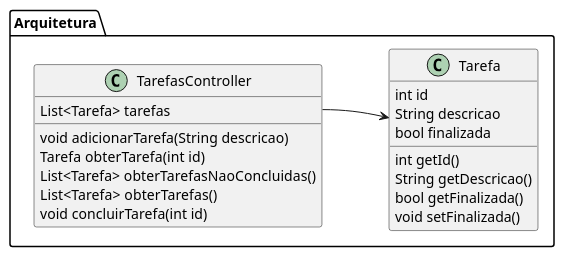
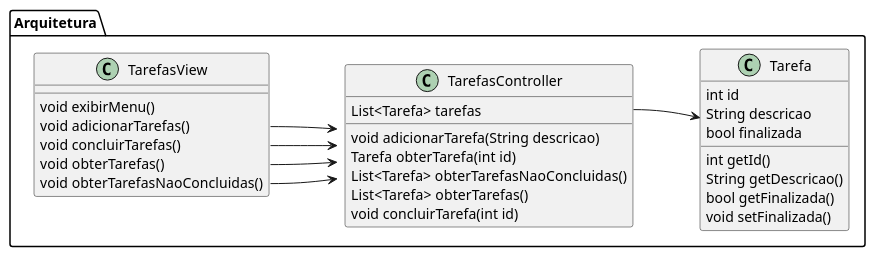
One commit to gabriel-santi/lista-tarefas changed the diagram in arquitetura.puml. Above: the diagram before and after it, drawn with PlantUML.

Commit message:
View no diagrama

```diff
--- a/arquitetura.puml
+++ b/arquitetura.puml
@@ -1,28 +1,40 @@
 @startuml
 left to right direction
 
 package Arquitetura{
+
+    class TarefasView{
+        void exibirMenu()
+        void adicionarTarefas()
+        void concluirTarefas()
+        void obterTarefas()
+        void obterTarefasNaoConcluidas()
+    }
+    TarefasView::adicionarTarefas-->TarefasController
+    TarefasView::concluirTarefas-->TarefasController
+    TarefasView::obterTarefas-->TarefasController
+    TarefasView::obterTarefasNaoConcluidas-->TarefasController
 
     class TarefasController{
         List<Tarefa> tarefas
 
         void adicionarTarefa(String descricao)
         Tarefa obterTarefa(int id)
         List<Tarefa> obterTarefasNaoConcluidas()
         List<Tarefa> obterTarefas()
         void concluirTarefa(int id)
     }
     TarefasController::tarefas-->Tarefa
 
     class Tarefa{
         int id
         String descricao
         bool finalizada
 
         int getId()
         String getDescricao()
         bool getFinalizada()
         void setFinalizada()
     }
 }
 @enduml
```
